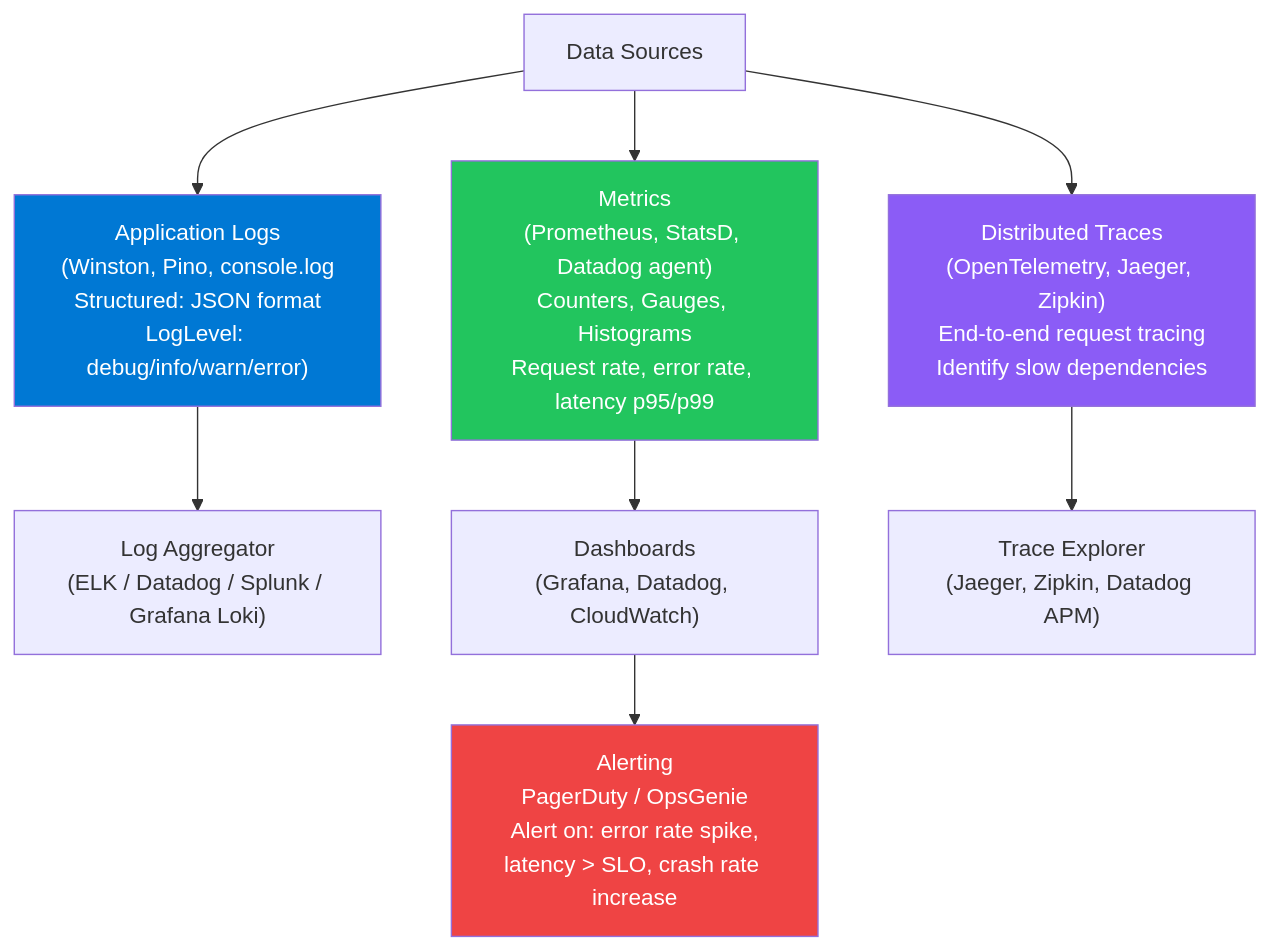
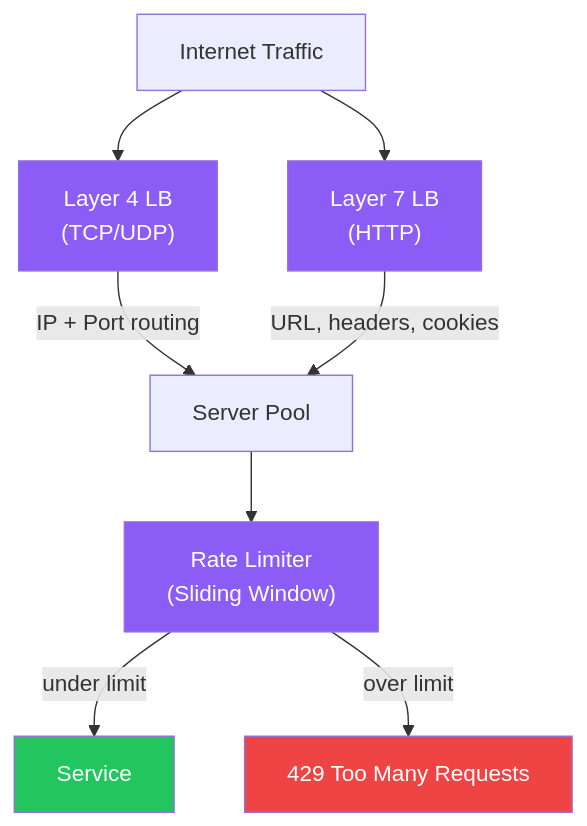
Before and after one commit to rajaghosh/InterviewPrep: diagram 19 of 34 in Architechture-Concepts/Description-Questions2-Complete.md, drawn with Mermaid. The commit also changed other lines of this file and 240 other files, not shown here.

````diff
--- a/Architechture-Concepts/Description-Questions2-Complete.md
+++ b/Architechture-Concepts/Description-Questions2-Complete.md
@@ -726,17 +847,17 @@
 ```mermaid
 flowchart TD
-    SOURCES2["Data Sources"] --> LOGS["Application Logs\n(Winston, Pino, console.log\nStructured: JSON format\nLogLevel: debug/info/warn/error)"]
-    SOURCES2 --> METRICS["Metrics\n(Prometheus, StatsD, Datadog agent)\nCounters, Gauges, Histograms\nRequest rate, error rate, latency p95/p99"]
-    SOURCES2 --> TRACES["Distributed Traces\n(OpenTelemetry, Jaeger, Zipkin)\nEnd-to-end request tracing\nIdentify slow dependencies"]
+    Internet["Internet Traffic"] --> L4["Layer 4 LB\n(TCP/UDP)"]
+    Internet --> L7["Layer 7 LB\n(HTTP)"]
+    L4 -->|"IP + Port routing"| Servers["Server Pool"]
+    L7 -->|"URL, headers, cookies"| Servers
+    Servers --> RL["Rate Limiter\n(Sliding Window)"]
+    RL -->|"under limit"| Svc["Service"]
+    RL -->|"over limit"| Rej["429 Too Many Requests"]
 
-    LOGS --> AGGREGATOR["Log Aggregator\n(ELK / Datadog / Splunk / Grafana Loki)"]
-    METRICS --> DASHBOARD["Dashboards\n(Grafana, Datadog, CloudWatch)"]
-    TRACES --> TRACE_UI["Trace Explorer\n(Jaeger, Zipkin, Datadog APM)"]
-
-    DASHBOARD --> ALERT["Alerting\nPagerDuty / OpsGenie\nAlert on: error rate spike,\nlatency > SLO, crash rate increase"]
-
-    style LOGS fill:#0078D4,color:#fff
-    style METRICS fill:#22c55e,color:#fff
-    style TRACES fill:#8b5cf6,color:#fff
-    style ALERT fill:#ef4444,color:#fff
+    classDef good fill:#22c55e,color:#fff
+    classDef bad fill:#ef4444,color:#fff
+    classDef lb fill:#8b5cf6,color:#fff
+    class Svc good
+    class Rej bad
+    class L4,L7,RL lb
 ```
````
